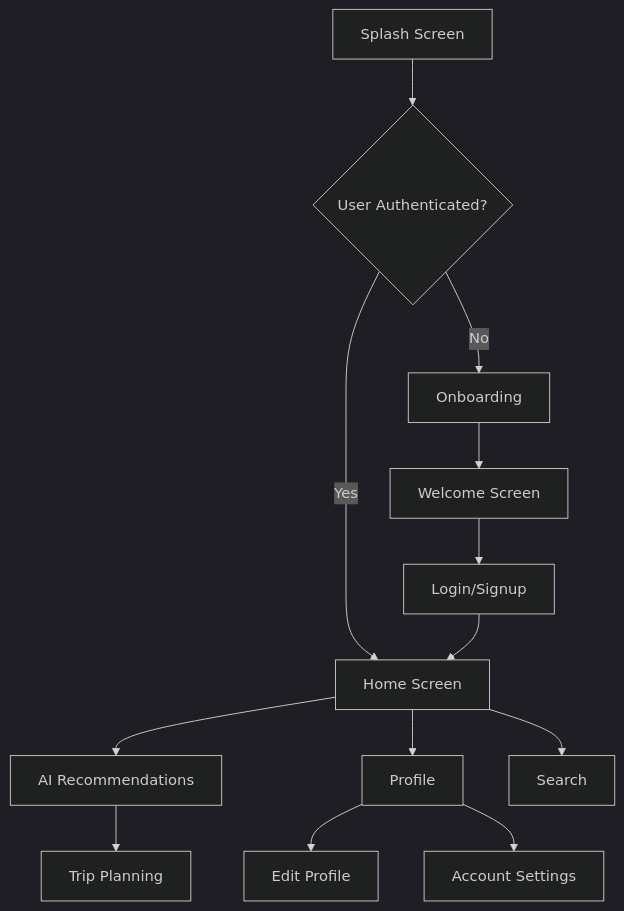
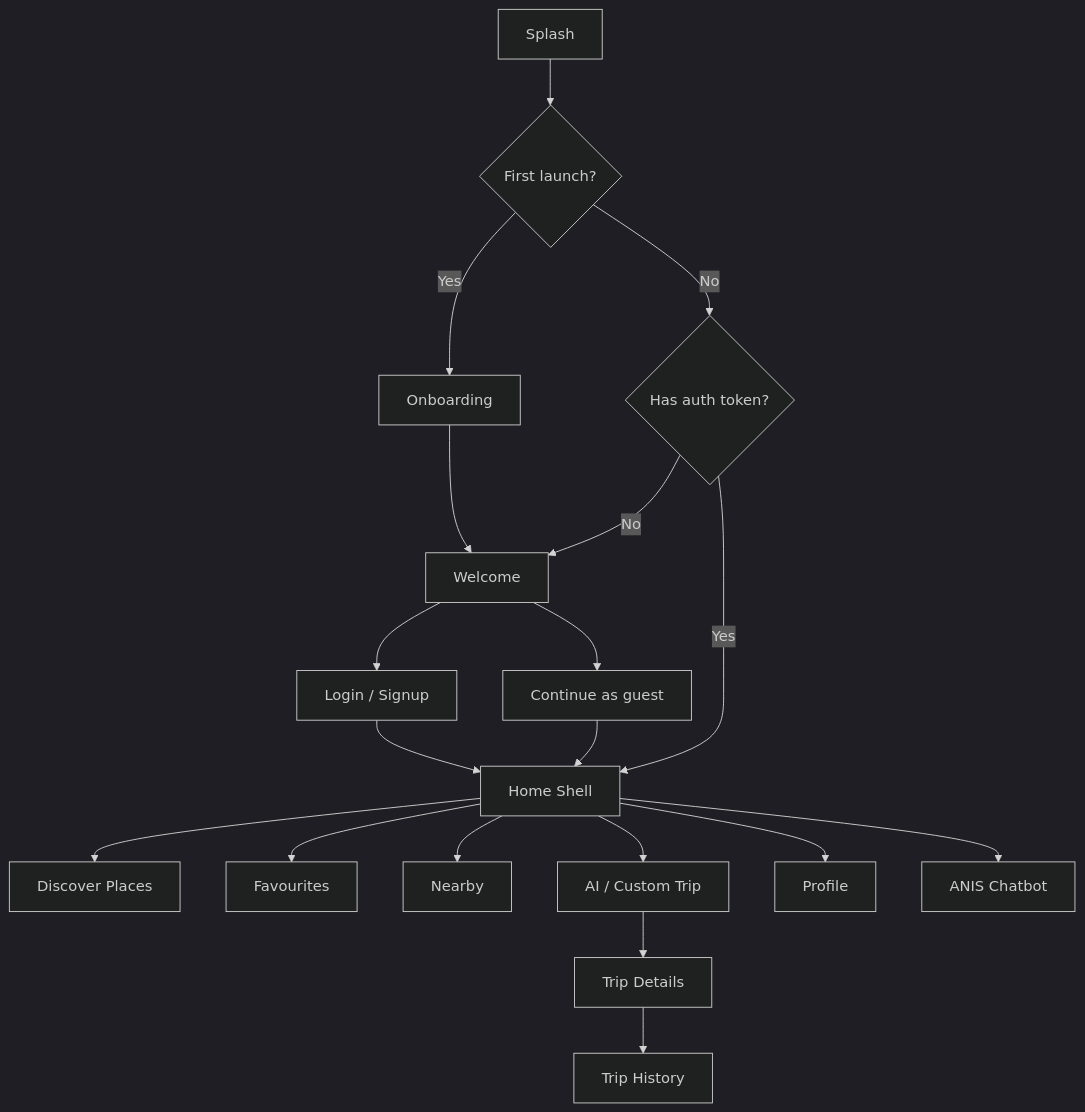
One commit to Khaled-shahien/Rahhala_App changed the diagram in README.md. Above: the diagram before and after it, drawn with Mermaid (dark theme). The commit also changed other lines of this file and 1 other file, not shown here.

````diff
--- a/README.md
+++ b/README.md
@@ -104,15 +238,21 @@
 ```mermaid
 graph TD
-    A[Splash Screen] --> B{User Authenticated?}
-    B -->|Yes| C[Home Screen]
-    B -->|No| D[Onboarding]
-    D --> E[Welcome Screen]
-    E --> F[Login/Signup]
-    F --> C
-    C --> G[AI Recommendations]
-    C --> H[Profile]
-    C --> I[Search]
-    G --> J[Trip Planning]
-    H --> K[Edit Profile]
-    H --> L[Account Settings]
+    A[Splash] --> B{First launch?}
+    B -->|Yes| C[Onboarding]
+    B -->|No| D{Has auth token?}
+    C --> E[Welcome]
+    E --> F[Login / Signup]
+    E --> G[Continue as guest]
+    F --> H[Home Shell]
+    G --> H
+    D -->|Yes| H
+    D -->|No| E
+    H --> I[Discover Places]
+    H --> J[Favourites]
+    H --> K[Nearby]
+    H --> L[AI / Custom Trip]
+    H --> M[Profile]
+    H --> N[ANIS Chatbot]
+    L --> O[Trip Details]
+    O --> P[Trip History]
 ```
````
